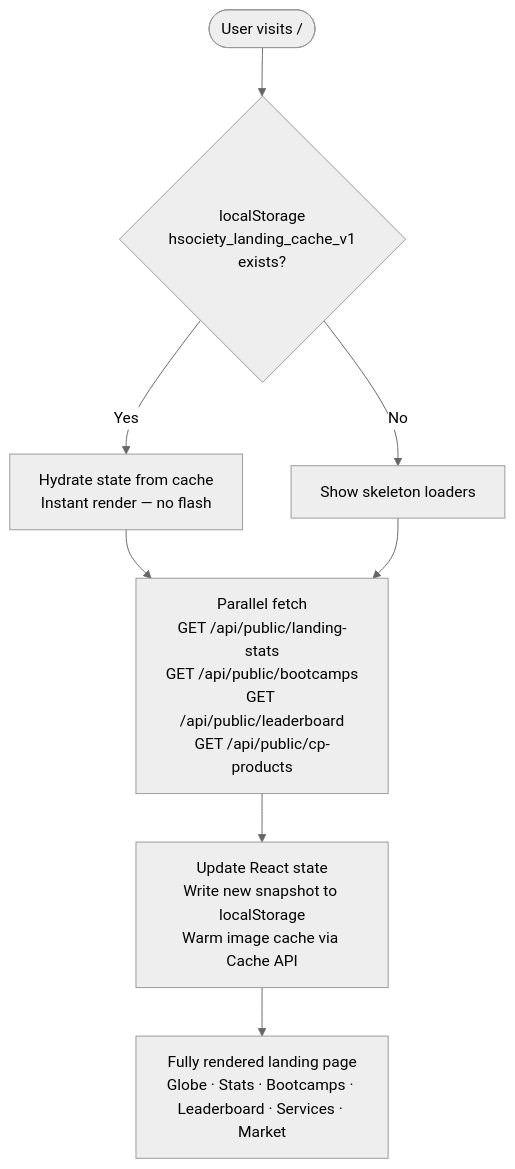
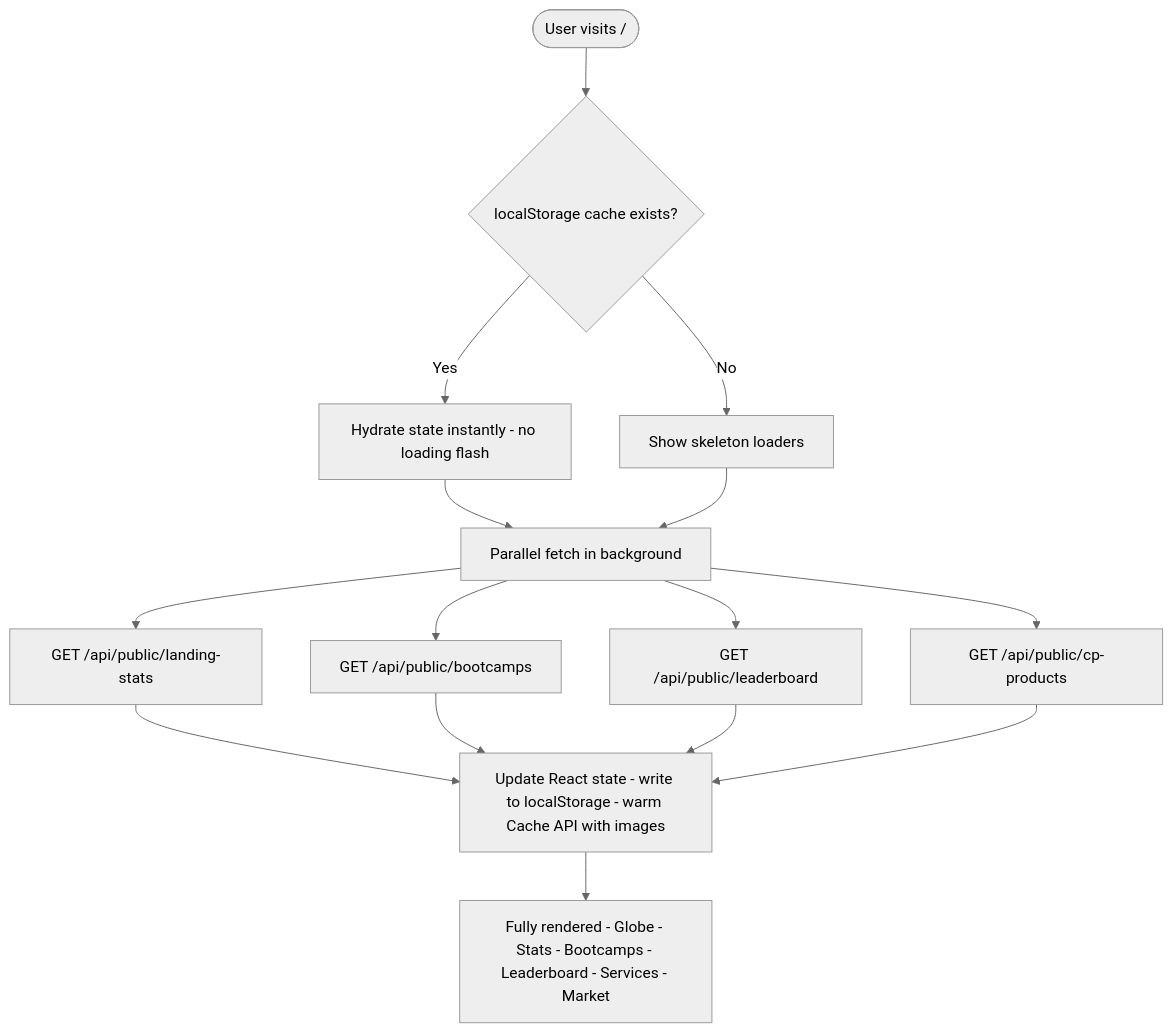
The tenth of 10 diagrams in ARCHITECTURE.md (HSOCIETY-OFFSEC/hsociety-frontend), drawn with Mermaid (neutral theme) before and after one commit. The commit also changed other lines of this file, not shown here.

Commit message:
fix: architecture diagrams — fix all Mermaid lexical errors, remove backslash-n in labels

````diff
--- a/ARCHITECTURE.md
+++ b/ARCHITECTURE.md
@@ -439,12 +449,17 @@
 ```mermaid
 flowchart TD
-    LANDING([User visits /]) --> CACHE_CHECK{localStorage\nhsociety_landing_cache_v1\nexists?}
-    CACHE_CHECK -->|Yes| HYDRATE[Hydrate state from cache\nInstant render — no flash]
-    CACHE_CHECK -->|No| LOADING[Show skeleton loaders]
+    V([User visits /]) --> CC{localStorage cache exists?}
+    CC -->|Yes| HY[Hydrate state instantly - no loading flash]
+    CC -->|No| SK[Show skeleton loaders]
 
-    HYDRATE --> FETCH_FRESH[Parallel fetch\nGET /api/public/landing-stats\nGET /api/public/bootcamps\nGET /api/public/leaderboard\nGET /api/public/cp-products]
-    LOADING --> FETCH_FRESH
+    HY --> FF[Parallel fetch in background]
+    SK --> FF
 
-    FETCH_FRESH --> UPDATE[Update React state\nWrite new snapshot to localStorage\nWarm image cache via Cache API]
-    UPDATE --> RENDERED[Fully rendered landing page\nGlobe · Stats · Bootcamps · Leaderboard · Services · Market]
+    FF --> F1[GET /api/public/landing-stats]
+    FF --> F2[GET /api/public/bootcamps]
+    FF --> F3[GET /api/public/leaderboard]
+    FF --> F4[GET /api/public/cp-products]
+
+    F1 & F2 & F3 & F4 --> UP[Update React state - write to localStorage - warm Cache API with images]
+    UP --> FULL[Fully rendered - Globe - Stats - Bootcamps - Leaderboard - Services - Market]
 ```
````
